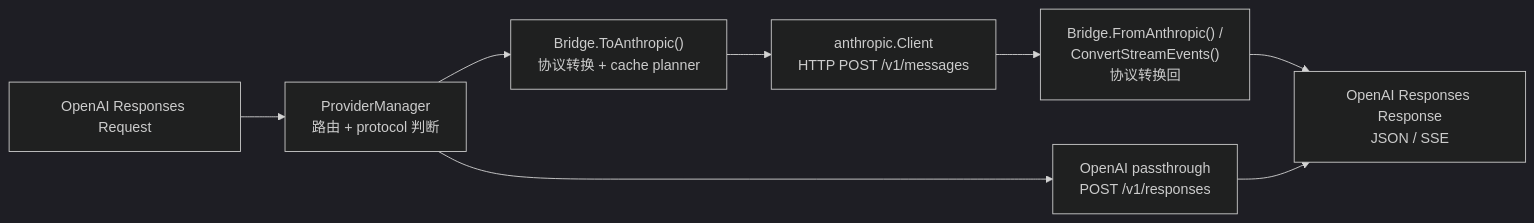
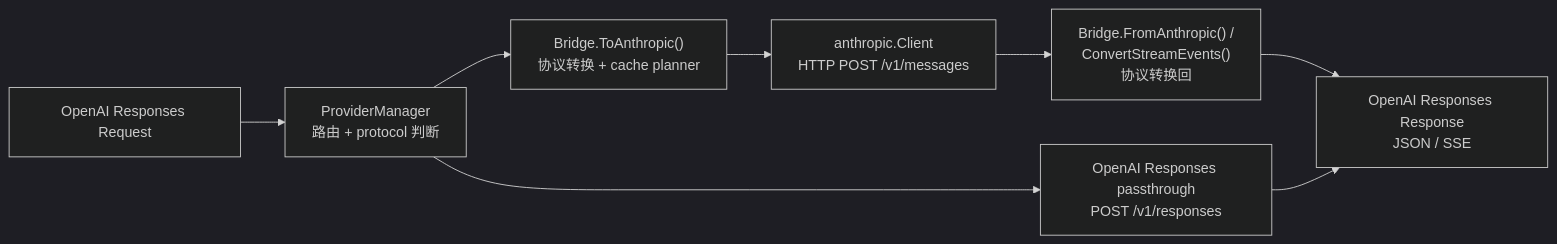
One commit to soheidon/moon-bridge-desktop changed the second of 3 diagrams in docs/architecture.md. Above: the diagram before and after it, drawn with Mermaid (dark theme). The commit also changed other lines of this file and 16 other files, not shown here.

````diff
--- a/docs/architecture.md
+++ b/docs/architecture.md
@@ -44,14 +44,14 @@
 ```mermaid
 flowchart LR
     req["OpenAI Responses Request"]
     bridge_in["Bridge.ToAnthropic()\n协议转换 + cache planner"]
     router["ProviderManager\n路由 + protocol 判断"]
     anthropic_client["anthropic.Client\nHTTP POST /v1/messages"]
-    openai_proxy["OpenAI passthrough\nPOST /v1/responses"]
+    openai_proxy["OpenAI Responses passthrough\nPOST /v1/responses"]
     bridge_out["Bridge.FromAnthropic() /\nConvertStreamEvents()\n协议转换回"]
     resp["OpenAI Responses Response\nJSON / SSE"]
 
     req --> router
     router --> bridge_in --> anthropic_client --> bridge_out --> resp
     router --> openai_proxy --> resp
 ```
````
